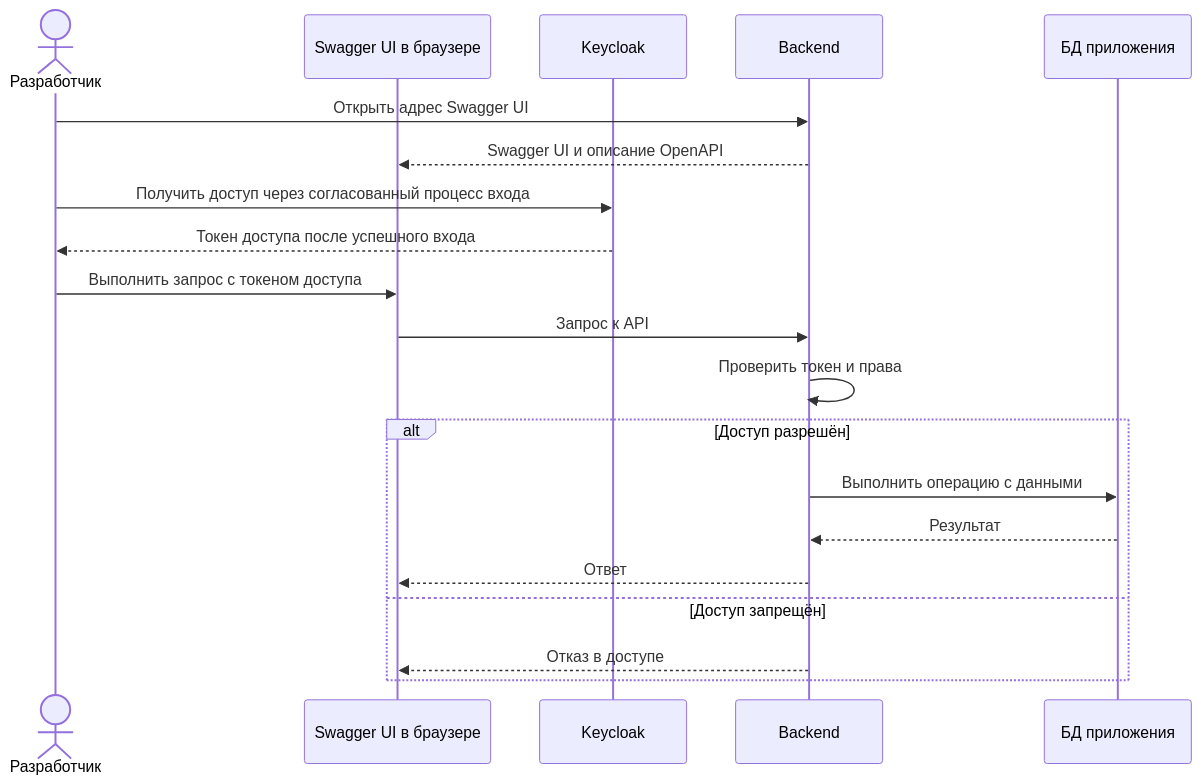
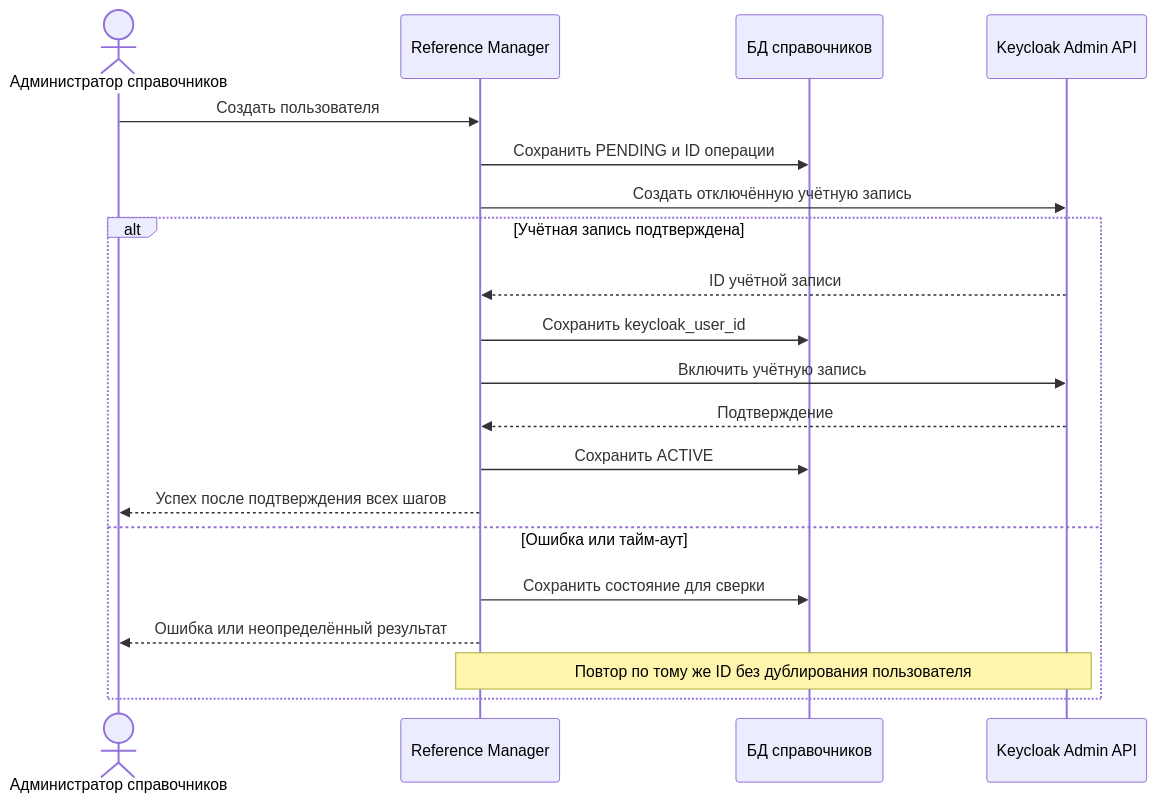
Before and after one commit to MEPhI-C22-501/arch-info-system-monorepo: the fourth of 6 diagrams in infra/vision.md, drawn with Mermaid. The commit also changed other lines of this file and 5 other files, not shown here.

Commit message:
Consolidate infrastructure vision and integration architecture

````diff
--- a/infra/vision.md
+++ b/infra/vision.md
@@ -61,22 +133,22 @@
 ```mermaid
 sequenceDiagram
-    actor U as Разработчик
-    participant W as Swagger UI в браузере
-    participant K as Keycloak
-    participant B as Backend
-    participant D as БД приложения
-    U->>B: Открыть адрес Swagger UI
-    B-->>W: Swagger UI и описание OpenAPI
-    U->>K: Получить доступ через согласованный процесс входа
-    K-->>U: Токен доступа после успешного входа
-    U->>W: Выполнить запрос с токеном доступа
-    W->>B: Запрос к API
-    B->>B: Проверить токен и права
-    alt Доступ разрешён
-        B->>D: Выполнить операцию с данными
-        D-->>B: Результат
-        B-->>W: Ответ
-    else Доступ запрещён
-        B-->>W: Отказ в доступе
+    actor U as Администратор справочников
+    participant R as Reference Manager
+    participant D as БД справочников
+    participant K as Keycloak Admin API
+    U->>R: Создать пользователя
+    R->>D: Сохранить PENDING и ID операции
+    R->>K: Создать отключённую учётную запись
+    alt Учётная запись подтверждена
+        K-->>R: ID учётной записи
+        R->>D: Сохранить keycloak_user_id
+        R->>K: Включить учётную запись
+        K-->>R: Подтверждение
+        R->>D: Сохранить ACTIVE
+        R-->>U: Успех после подтверждения всех шагов
+    else Ошибка или тайм-аут
+        R->>D: Сохранить состояние для сверки
+        R-->>U: Ошибка или неопределённый результат
+        Note over R,K: Повтор по тому же ID без дублирования пользователя
     end
 ```
````
